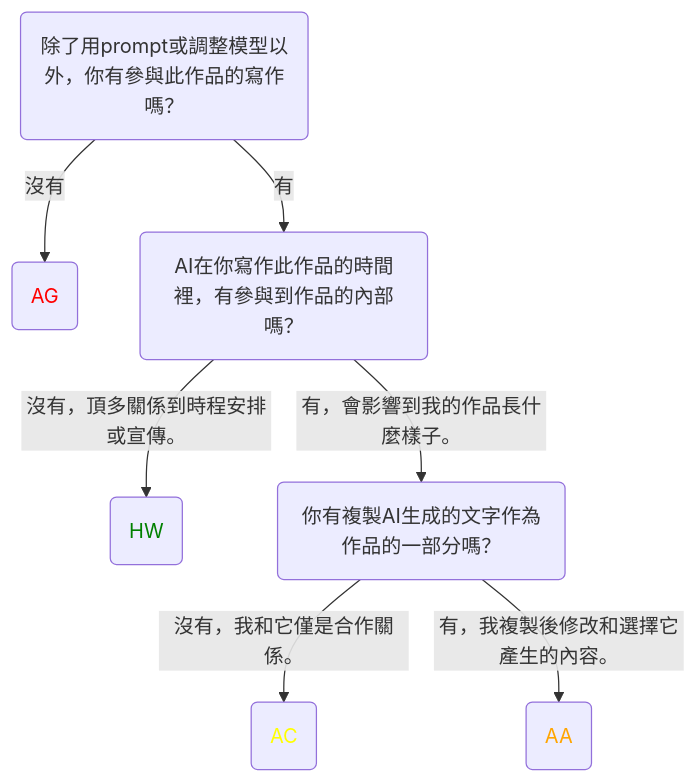
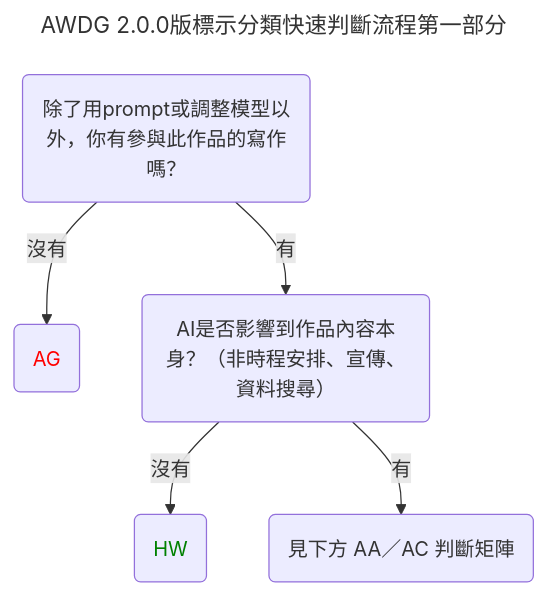
One commit to tin2hian5/AI-Writing-Disclosure-Guidelines changed the diagram in README.md. Above: the diagram before and after it, drawn with Mermaid. The commit also changed other lines of this file, not shown here.

````diff
--- a/README.md
+++ b/README.md
@@ -41,13 +69,12 @@
 ```mermaid
+---
+title: AWDG 2.0.0版標示分類快速判斷流程第一部分
+---
 graph TD
 A(除了用prompt或調整模型以外，你有參與此作品的寫作嗎？) -->|沒有| B(AG)
 style B color:red
-A -->|有| C(AI在你寫作此作品的時間裡，有參與到作品的內部嗎？)
-C -->|沒有，頂多關係到時程安排或宣傳。| G(HW)
+A -->|有| C(AI是否影響到作品內容本身？（非時程安排、宣傳、資料搜尋）)
+C -->|沒有| G(HW)
 style G color:green
-C -->|有，會影響到我的作品長什麼樣子。| D(你有複製AI生成的文字作為作品的一部分嗎？)
-D -->|沒有，我和它僅是合作關係。| F(AC)
-style F color:yellow
-D -->|有，我複製後修改和選擇它產生的內容。| E(AA)
-style E color:orange
+C -->|有| D(見下方 AA／AC 判斷矩陣)
 ```
````
